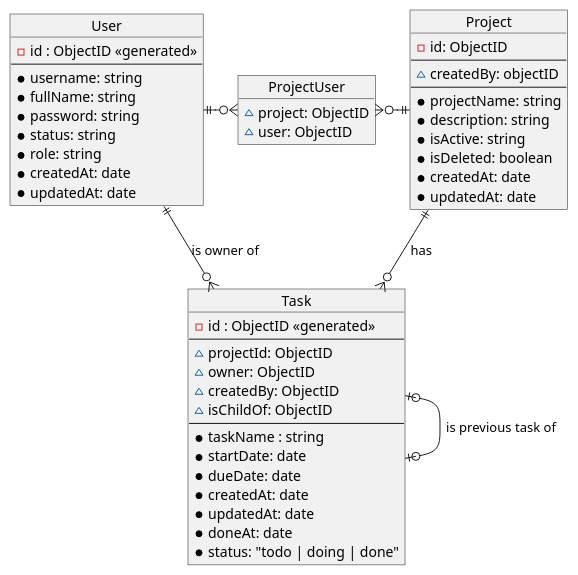
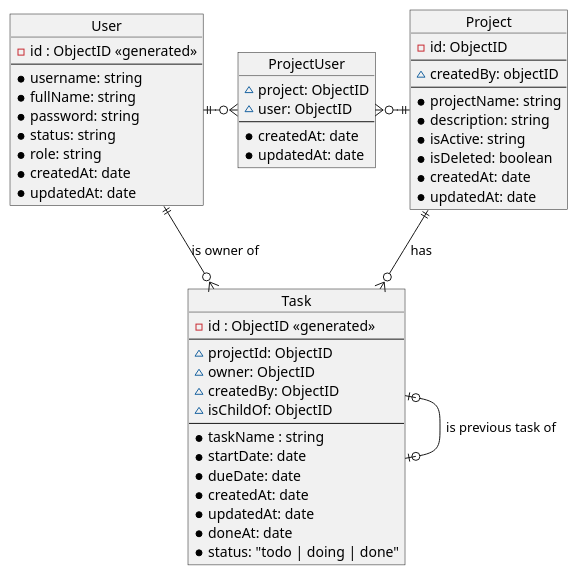
One commit to felixnguyen678/project-todo-app-lb4 changed the diagram in docs/ERD.plantuml. Above: the diagram before and after it, drawn with PlantUML. The commit also changed 7 other files, not shown here.

```diff
--- a/docs/ERD.plantuml
+++ b/docs/ERD.plantuml
@@ -1,55 +1,58 @@
 @startuml ERD
 
 object Task {
   -id : ObjectID <<generated>>
   --
   ~projectId: ObjectID
   ~owner: ObjectID
   ~createdBy: ObjectID
   ~isChildOf: ObjectID
   --
   *taskName : string
   *startDate: date
   *dueDate: date
   *createdAt: date
   *updatedAt: date
   *doneAt: date
   *status: "todo | doing | done"
 }
 
 object Project {
   -id: ObjectID
   --
   ~createdBy: objectID
   --
   *projectName: string
   *description: string
   *isActive: string
   *isDeleted: boolean
   *createdAt: date
   *updatedAt: date
 }
 
 object User {
   -id : ObjectID <<generated>>
   --
   *username: string
   *fullName: string
   *password: string
   *status: string
   *role: string
   *createdAt: date
   *updatedAt: date
 }
 object ProjectUser {
   ~project: ObjectID
   ~user: ObjectID
+  --
+  *createdAt: date
+  *updatedAt: date
 }
 
 User ||-right-o{ ProjectUser
 ProjectUser }o-right-|| Project
 Project||--o{ Task: has
 User ||-down-o{ Task: is owner of
 Task |o--o| Task: is previous task of
 
 @enduml
```
